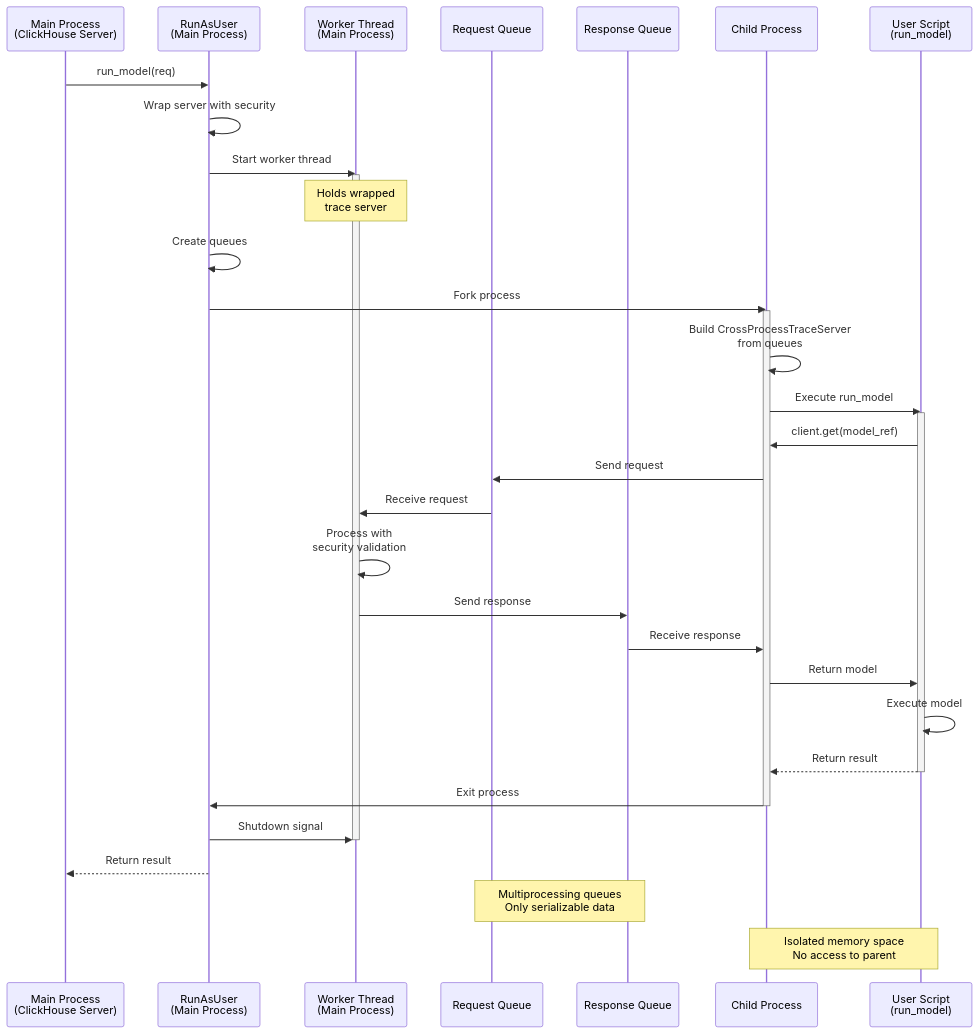
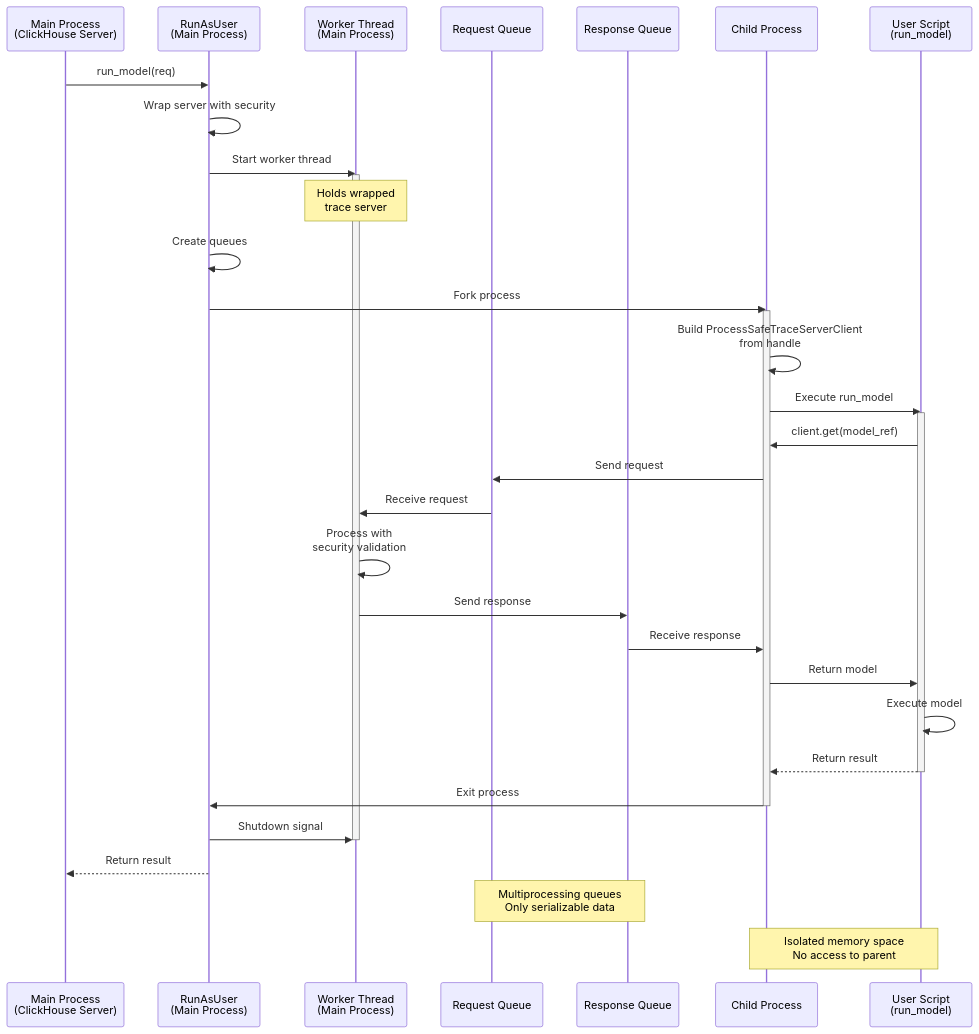
Before and after one commit to wandb/weave: the second of 2 diagrams in weave/trace_server/execution_runner/README.md, drawn with Mermaid. The commit also changed other lines of this file and 4 other files, not shown here.

````diff
--- a/weave/trace_server/execution_runner/README.md
+++ b/weave/trace_server/execution_runner/README.md
@@ -156,51 +154,51 @@
 ```mermaid
 sequenceDiagram
     participant MP as Main Process<br/>(ClickHouse Server)
     participant RAU as RunAsUser<br/>(Main Process)
     participant WT as Worker Thread<br/>(Main Process)
     participant Q1 as Request Queue
     participant Q2 as Response Queue
     participant CP as Child Process
     participant US as User Script<br/>(run_model)
 
     %% Setup Phase
     MP->>RAU: run_model(req)
     RAU->>RAU: Wrap server with security
     RAU->>WT: Start worker thread
     activate WT
     Note over WT: Holds wrapped<br/>trace server
     
     RAU->>RAU: Create queues
     RAU->>CP: Fork process
     activate CP
     
     %% Execution Phase
-    CP->>CP: Build CrossProcessTraceServer<br/>from queues
+    CP->>CP: Build ProcessSafeTraceServerClient<br/>from handle
     CP->>US: Execute run_model
     activate US
     
     %% Example: User script loads model
     US->>CP: client.get(model_ref)
     CP->>Q1: Send request
     Q1->>WT: Receive request
     WT->>WT: Process with<br/>security validation
     WT->>Q2: Send response
     Q2->>CP: Receive response
     CP->>US: Return model
     
     %% Complete execution
     US->>US: Execute model
     US-->>CP: Return result
     deactivate US
     
     %% Cleanup Phase
     CP->>RAU: Exit process
     deactivate CP
     RAU->>WT: Shutdown signal
     deactivate WT
     RAU-->>MP: Return result
     
     %% Annotations
     Note over Q1,Q2: Multiprocessing queues<br/>Only serializable data
     Note over CP,US: Isolated memory space<br/>No access to parent
 ```
````
